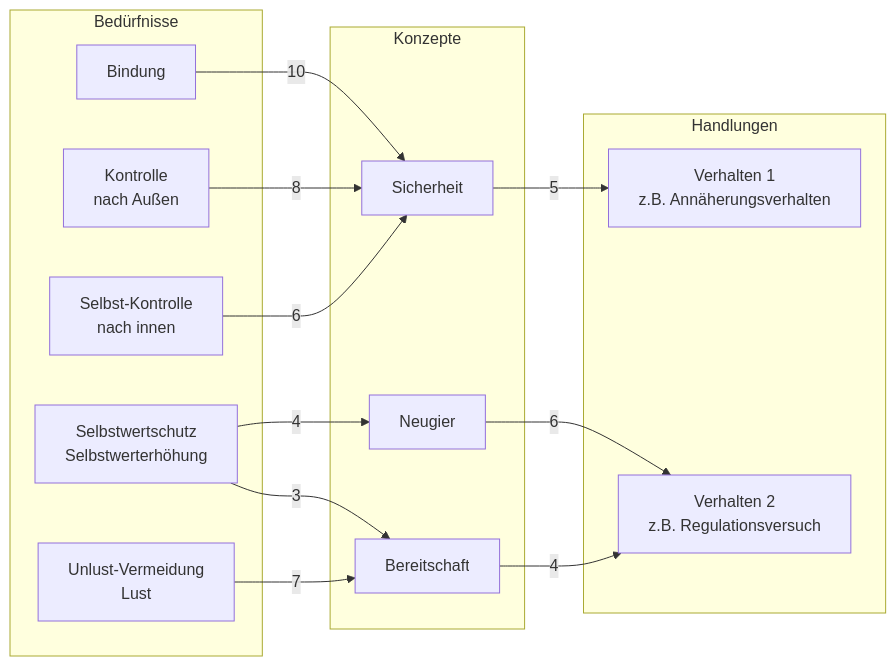
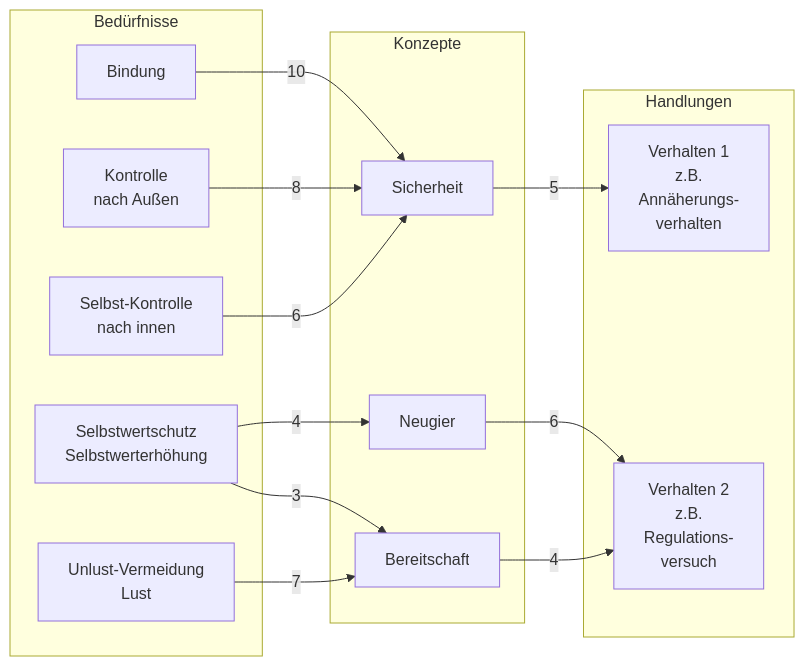
Before and after one commit to jochen-hanisch/research: the first of 2 diagrams in Pädagogische Psychologie/Bedürfnis.md, drawn with Mermaid. The commit also changed other lines of this file, not shown here.

````diff
--- a/Pädagogische Psychologie/Bedürfnis.md
+++ b/Pädagogische Psychologie/Bedürfnis.md
@@ -132,33 +132,33 @@
 ```mermaid
 flowchart LR
-    subgraph Bedürfnisse
-        A1[Bindung]
-        A2[Kontrolle<br>nach Außen]
-        A3[Selbst-Kontrolle<br>nach innen]
-        A4[Selbstwertschutz<br>Selbstwerterhöhung]
-        A5[Unlust-Vermeidung<br>Lust]
-    end
-    
-    subgraph Konzepte
-        B1[Sicherheit]
-        B2[Neugier]
-        B3[Bereitschaft]
-    end
-    
-    subgraph Handlungen
-        C1[Verhalten 1<br>z.B. Annäherungsverhalten]
-        C2[Verhalten 2<br>z.B. Regulationsversuch]
-    end
+  subgraph Bedürfnisse
+    A1[Bindung]
+    A2[Kontrolle<br>nach Außen]
+    A3[Selbst-Kontrolle<br>nach innen]
+    A4[Selbstwertschutz<br>Selbstwerterhöhung]
+    A5[Unlust-Vermeidung<br>Lust]
+  end
+  
+  subgraph Konzepte
+    B1[Sicherheit]
+    B2[Neugier]
+    B3[Bereitschaft]
+  end
+  
+  subgraph Handlungen
+    C1[Verhalten 1<br>z.B.<br>Annäherungs-<br>verhalten]
+    C2[Verhalten 2<br>z.B.<br>Regulations-<br>versuch]
+  end
 
-    A1 -- 10 --> B1
-    A2 -- 8 --> B1
-    A3 -- 6 --> B1
-    A4 -- 4 --> B2
-    A4 -- 3 --> B3
-    A5 -- 7 --> B3
+  A1 -- 10 --> B1
+  A2 -- 8 --> B1
+  A3 -- 6 --> B1
+  A4 -- 4 --> B2
+  A4 -- 3 --> B3
+  A5 -- 7 --> B3
 
-    B1 -- 5 --> C1
-    B2 -- 6 --> C2
-    B3 -- 4 --> C2
+  B1 -- 5 --> C1
+  B2 -- 6 --> C2
+  B3 -- 4 --> C2
 
 ```
````
